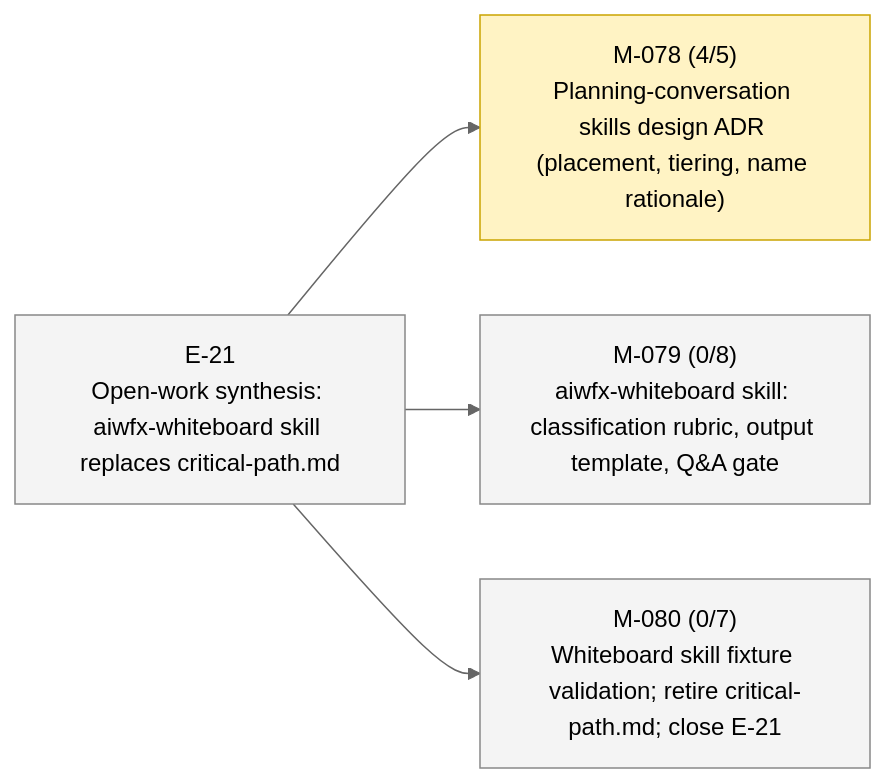
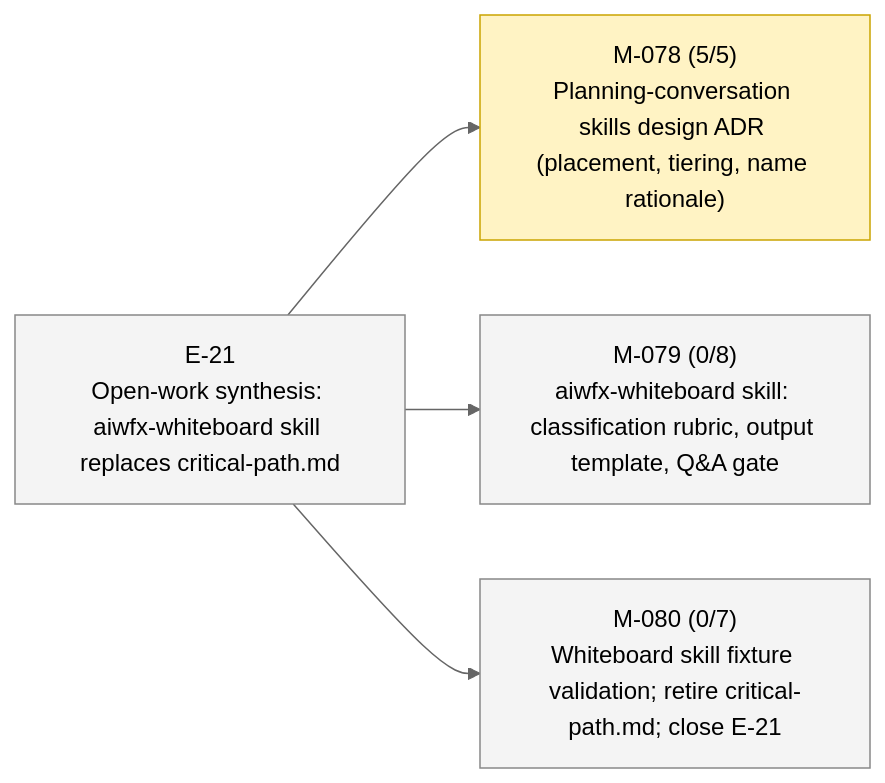
Before and after one commit to 23min/aiwf: the second of 2 diagrams in STATUS.md, drawn with Mermaid (neutral theme). The commit also changed other lines of this file and 1 other file, not shown here.

````diff
--- a/STATUS.md
+++ b/STATUS.md
@@ -47,16 +47,16 @@
 ```mermaid
 flowchart LR
   E_21["E-21<br/>Open-work synthesis: aiwfx-whiteboard skill replaces critical-path.md"]:::epic_proposed
-  M_078["M-078 (4/5)<br/>Planning-conversation skills design ADR (placement, tiering, name rationale)"]:::ms_in_progress
+  M_078["M-078 (5/5)<br/>Planning-conversation skills design ADR (placement, tiering, name rationale)"]:::ms_in_progress
   E_21 --> M_078
   M_079["M-079 (0/8)<br/>aiwfx-whiteboard skill: classification rubric, output template, Q&A gate"]:::ms_draft
   E_21 --> M_079
   M_080["M-080 (0/7)<br/>Whiteboard skill fixture validation; retire critical-path.md; close E-21"]:::ms_draft
   E_21 --> M_080
   classDef epic_active fill:#d6eaff,stroke:#1a73e8,color:#000
   classDef epic_proposed fill:#f4f4f4,stroke:#888,color:#000
   classDef ms_done fill:#d8f5d8,stroke:#2a8a2a,color:#000
   classDef ms_in_progress fill:#fff3c4,stroke:#caa400,color:#000
   classDef ms_draft fill:#f4f4f4,stroke:#888,color:#000
   classDef ms_cancelled fill:#fbeaea,stroke:#c33,color:#000
 ```
````
